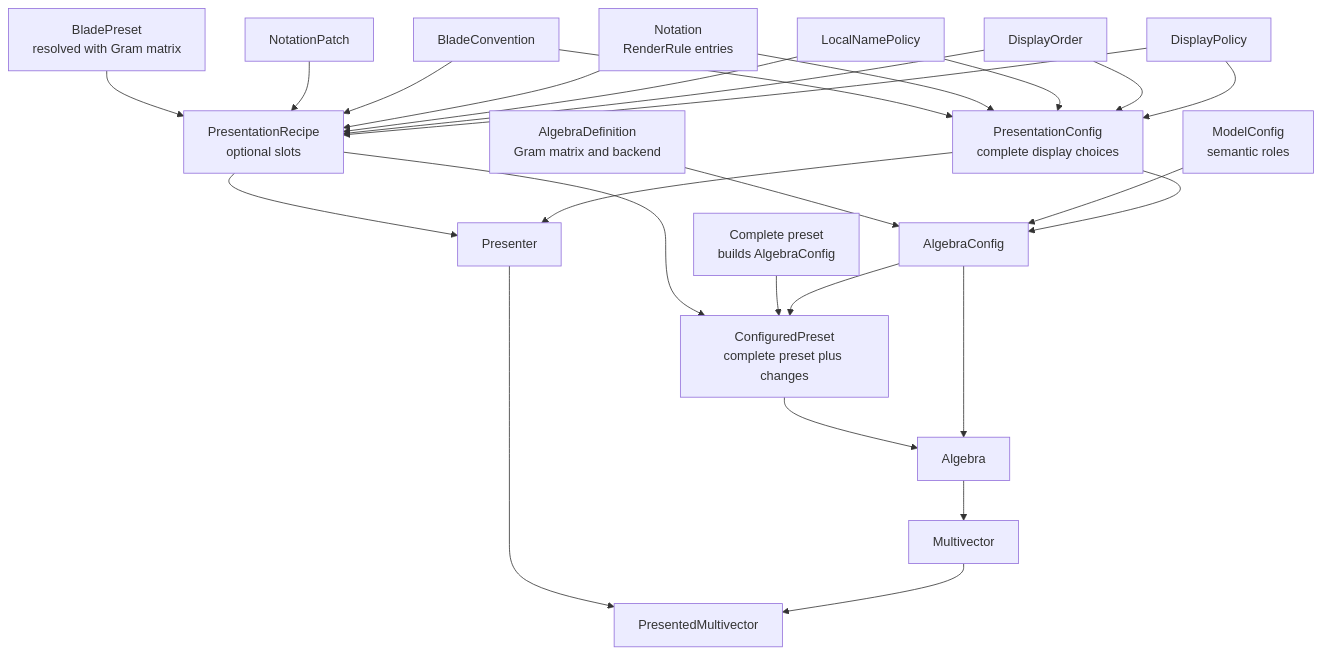
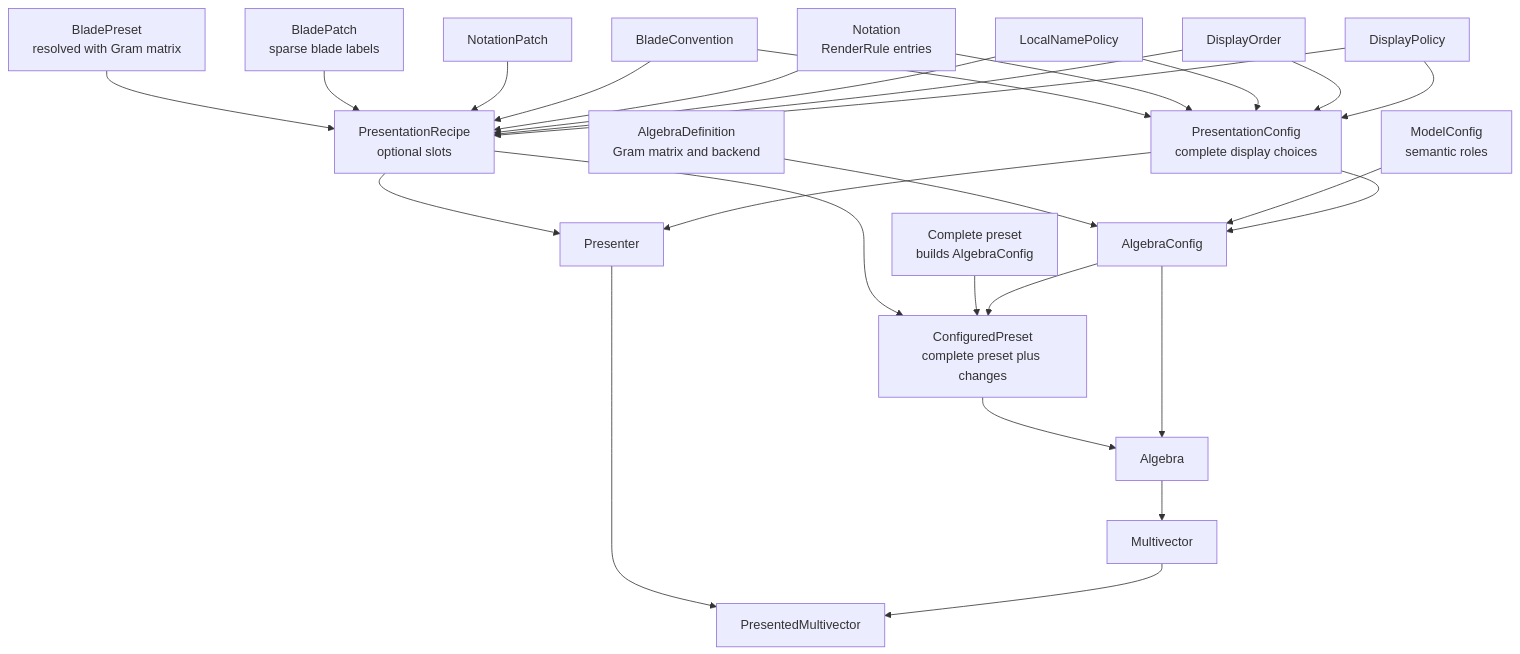
The second of 5 diagrams in docs/v2/presentation-configuration.md (edouardp/galaga), drawn with Mermaid before and after one commit. The commit also changed other lines of this file and 12 other files, not shown here.

Commit message:
Add composable sparse pseudoscalar blade labels

````diff
--- a/docs/v2/presentation-configuration.md
+++ b/docs/v2/presentation-configuration.md
@@ -51,28 +51,29 @@
 ```mermaid
 flowchart TD
     AD[AlgebraDefinition<br/>Gram matrix and backend] --> AC[AlgebraConfig]
     MC[ModelConfig<br/>semantic roles] --> AC
     PC[PresentationConfig<br/>complete display choices] --> AC
     BC[BladeConvention] --> PC
     N[Notation<br/>RenderRule entries] --> PC
     LN[LocalNamePolicy] --> PC
     DO[DisplayOrder] --> PC
     DP[DisplayPolicy] --> PC
     BP[BladePreset<br/>resolved with Gram matrix] --> PR[PresentationRecipe<br/>optional slots]
+    BPatch[BladePatch<br/>sparse blade labels] --> PR
     NP[NotationPatch] --> PR
     BC --> PR
     N --> PR
     LN --> PR
     DO --> PR
     DP --> PR
     PR --> CP[ConfiguredPreset<br/>complete preset plus changes]
     FP[Complete preset<br/>builds AlgebraConfig] --> CP
     AC --> CP
     CP --> A[Algebra]
     AC --> A
     PR --> P[Presenter]
     PC --> P
     P --> PV[PresentedMultivector]
     A --> MV[Multivector]
     MV --> PV
 ```
````
